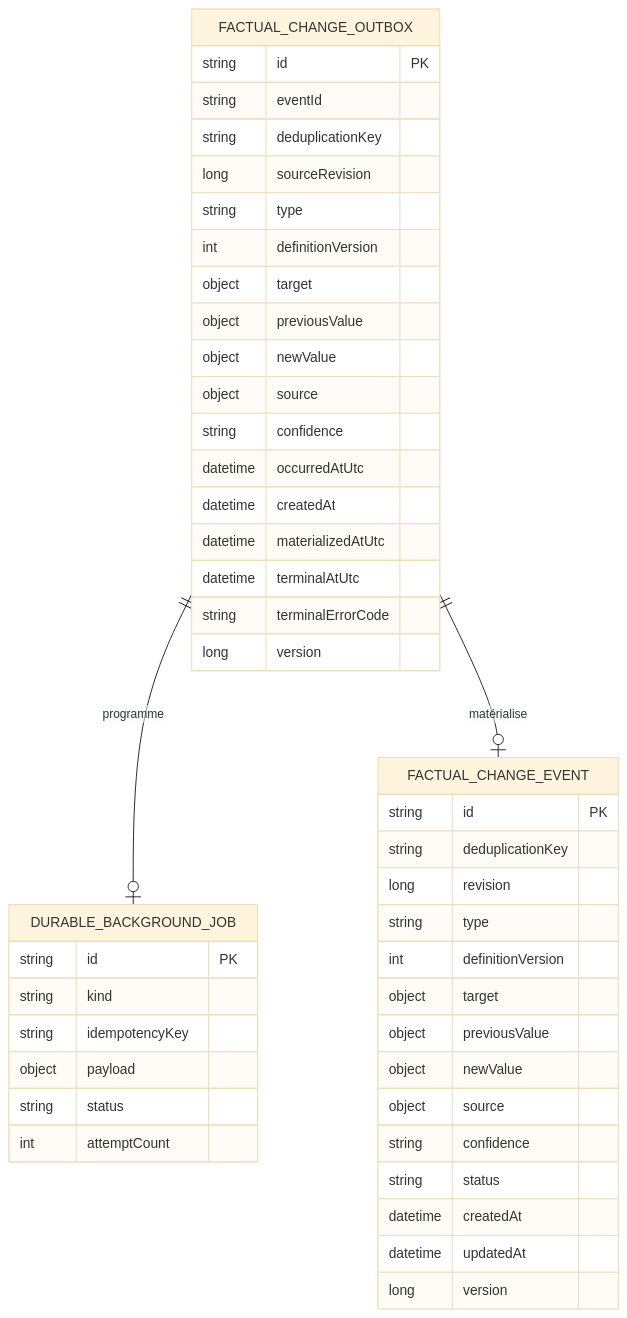
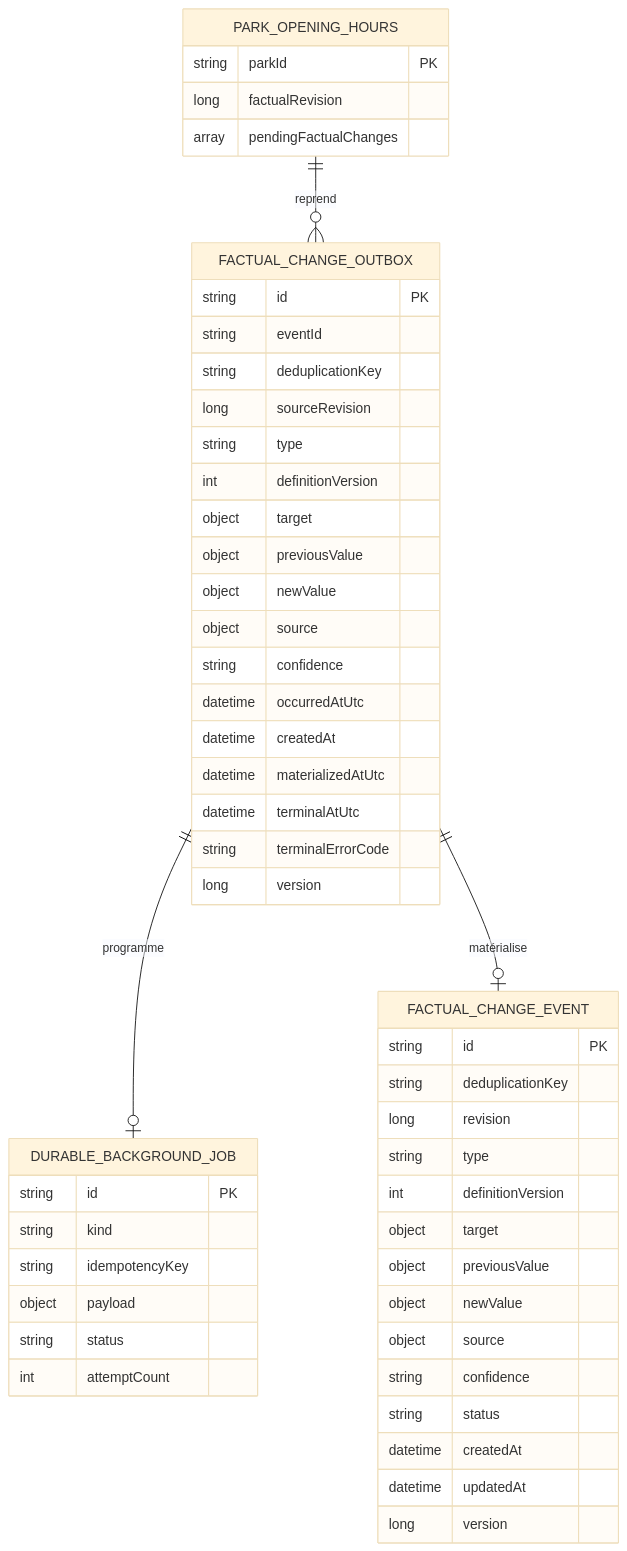
One commit to Ced59/AmusementParkProject changed the second of 3 diagrams in docs/architecture/product-growth-watch-05-factual-outbox-2026-09-15.md. Above: the diagram before and after it, drawn with Mermaid (base theme). The commit also changed other lines of this file and 21 other files, not shown here.

````diff
--- a/docs/architecture/product-growth-watch-05-factual-outbox-2026-09-15.md
+++ b/docs/architecture/product-growth-watch-05-factual-outbox-2026-09-15.md
@@ -60,51 +63,58 @@
 ```mermaid
 erDiagram
     FACTUAL_CHANGE_OUTBOX {
         string id PK
         string eventId
         string deduplicationKey
         long sourceRevision
         string type
         int definitionVersion
         object target
         object previousValue
         object newValue
         object source
         string confidence
         datetime occurredAtUtc
         datetime createdAt
         datetime materializedAtUtc
         datetime terminalAtUtc
         string terminalErrorCode
         long version
+    }
+
+    PARK_OPENING_HOURS {
+        string parkId PK
+        long factualRevision
+        array pendingFactualChanges
     }
 
     FACTUAL_CHANGE_EVENT {
         string id PK
         string deduplicationKey
         long revision
         string type
         int definitionVersion
         object target
         object previousValue
         object newValue
         object source
         string confidence
         string status
         datetime createdAt
         datetime updatedAt
         long version
     }
 
     DURABLE_BACKGROUND_JOB {
         string id PK
         string kind
         string idempotencyKey
         object payload
         string status
         int attemptCount
     }
 
+    PARK_OPENING_HOURS ||--o{ FACTUAL_CHANGE_OUTBOX : reprend
     FACTUAL_CHANGE_OUTBOX ||--o| DURABLE_BACKGROUND_JOB : programme
     FACTUAL_CHANGE_OUTBOX ||--o| FACTUAL_CHANGE_EVENT : matérialise
 ```
````
